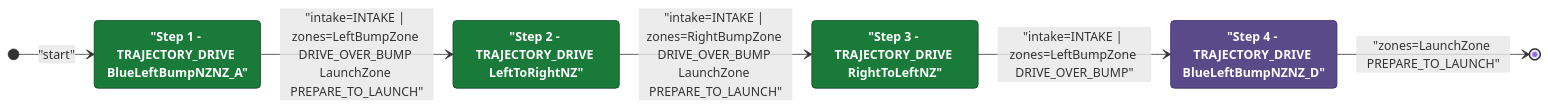
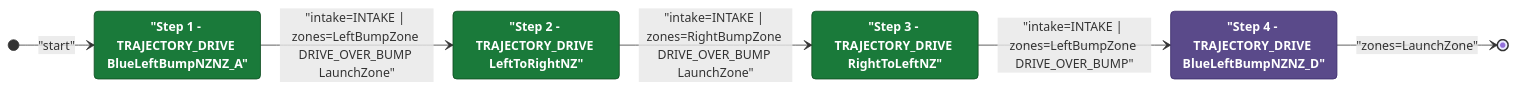
The diagram in documents/auton/BlueTDepLaunch2NDepNOutScoreClimb.md (Team302/2026Rebuilt), drawn with Mermaid before and after one commit. The commit also changed other lines of this file and 131 other files, not shown here.

First line of the commit message:
docs(auton): regenerate Mermaid diagrams [skip ci]

````diff
--- a/documents/auton/BlueTDepLaunch2NDepNOutScoreClimb.md
+++ b/documents/auton/BlueTDepLaunch2NDepNOutScoreClimb.md
@@ -8,24 +8,24 @@
 ```mermaid
 stateDiagram-v2
     direction LR
 
     %% Green = intake active, Purple = intake off
     classDef intake  fill:#1a7a3a,color:#ffffff,stroke:#0d4a1f,font-weight:bold
     classDef noIntake fill:#5a4a8a,color:#ffffff,stroke:#3a2a6a,font-weight:bold
 
     Step1 : "Step 1 - TRAJECTORY_DRIVE BlueLeftBumpNZNZ_A"
     Step2 : "Step 2 - TRAJECTORY_DRIVE LeftToRightNZ"
     Step3 : "Step 3 - TRAJECTORY_DRIVE RightToLeftNZ"
     Step4 : "Step 4 - TRAJECTORY_DRIVE BlueLeftBumpNZNZ_D"
 
     class Step1 intake
     class Step2 intake
     class Step3 intake
     class Step4 noIntake
 
     [*] --> Step1 : "start"
-    Step1 --> Step2: "intake=INTAKE | zones=LeftBumpZone DRIVE_OVER_BUMP LaunchZone PREPARE_TO_LAUNCH"
-    Step2 --> Step3: "intake=INTAKE | zones=RightBumpZone DRIVE_OVER_BUMP LaunchZone PREPARE_TO_LAUNCH"
+    Step1 --> Step2: "intake=INTAKE | zones=LeftBumpZone DRIVE_OVER_BUMP LaunchZone"
+    Step2 --> Step3: "intake=INTAKE | zones=RightBumpZone DRIVE_OVER_BUMP LaunchZone"
     Step3 --> Step4: "intake=INTAKE | zones=LeftBumpZone DRIVE_OVER_BUMP"
-    Step4 --> [*]: "zones=LaunchZone PREPARE_TO_LAUNCH"
+    Step4 --> [*]: "zones=LaunchZone"
 ```
````
